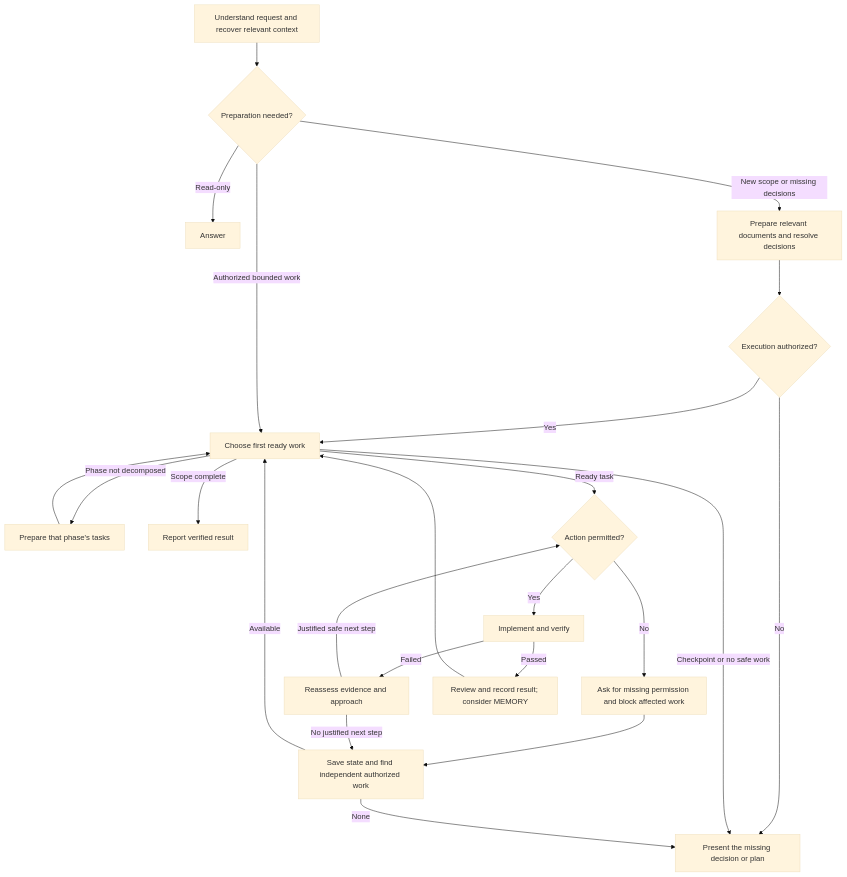
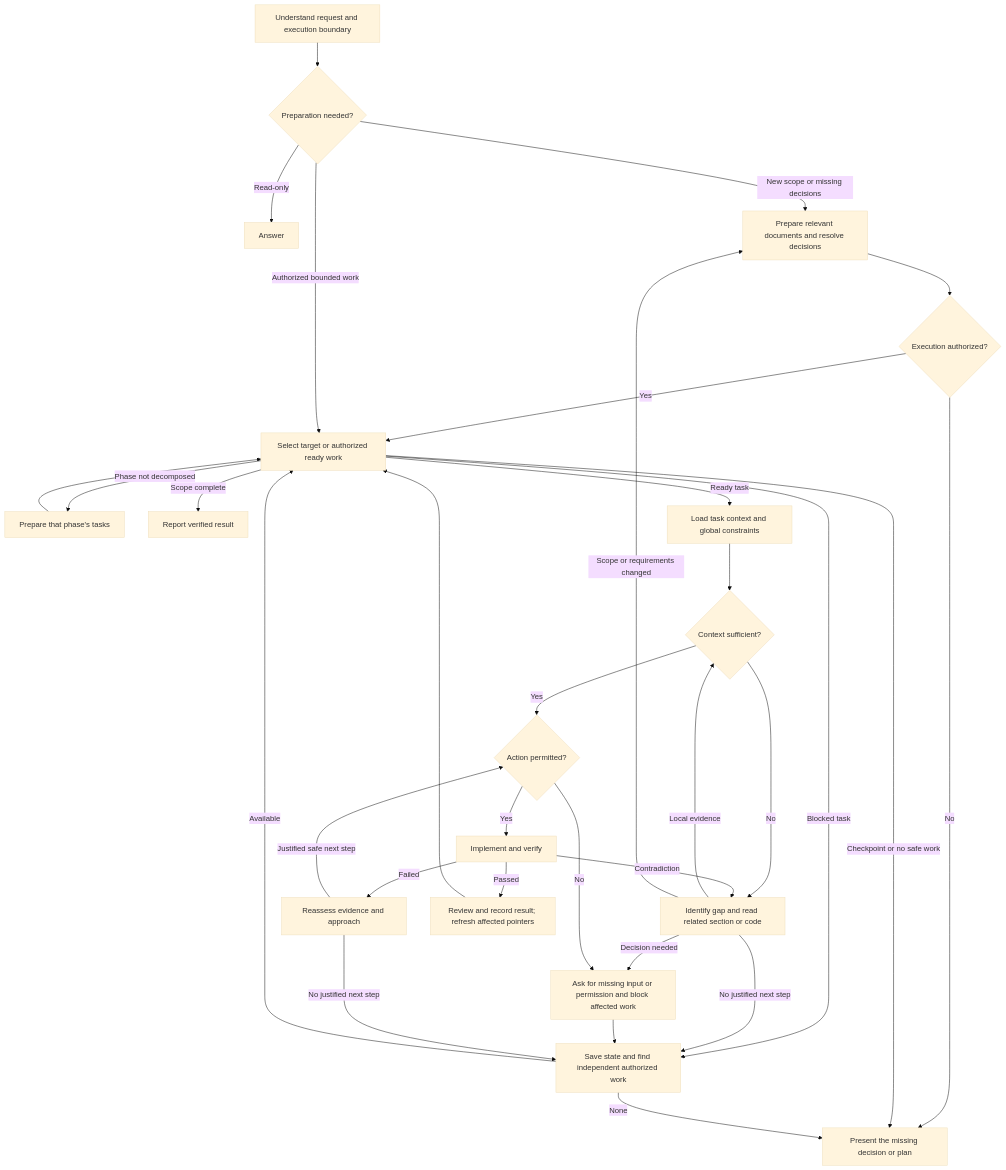
Before and after one commit to EvgenVer/Agents-tollkit: the diagram in .agents/docs/AGENT_WORKFLOWS.md, drawn with Mermaid (base theme). The commit also changed other lines of this file and 8 other files, not shown here.

Commit message:
feat: add selective task context and record Luna comparisons

````diff
--- a/.agents/docs/AGENT_WORKFLOWS.md
+++ b/.agents/docs/AGENT_WORKFLOWS.md
@@ -9,25 +9,34 @@
 ```mermaid
 flowchart TD
-    A[Understand request and recover relevant context] --> B{Preparation needed?}
+    A[Understand request and execution boundary] --> B{Preparation needed?}
     B -- Read-only --> R[Answer]
     B -- New scope or missing decisions --> C[Prepare relevant documents and resolve decisions]
     C --> D{Execution authorized?}
     D -- No --> W[Present the missing decision or plan]
-    D -- Yes --> E[Choose first ready work]
+    D -- Yes --> E[Select target or authorized ready work]
     B -- Authorized bounded work --> E
     E -- Phase not decomposed --> F[Prepare that phase's tasks]
     F --> E
     E -- Scope complete --> Z[Report verified result]
     E -- Checkpoint or no safe work --> W
-    E -- Ready task --> G{Action permitted?}
-    G -- No --> H[Ask for missing permission and block affected work]
+    E -- Blocked task --> K
+    E -- Ready task --> N[Load task context and global constraints]
+    N --> Q{Context sufficient?}
+    Q -- Yes --> G{Action permitted?}
+    Q -- No --> X[Identify gap and read related section or code]
+    X -- Local evidence --> Q
+    X -- No justified next step --> K
+    X -- Decision needed --> H
+    X -- Scope or requirements changed --> C
+    G -- No --> H[Ask for missing input or permission and block affected work]
     H --> K[Save state and find independent authorized work]
     G -- Yes --> I[Implement and verify]
+    I -- Contradiction --> X
     I -- Failed --> J[Reassess evidence and approach]
     J -- Justified safe next step --> G
     J -- No justified next step --> K
-    I -- Passed --> L[Review and record result; consider MEMORY]
+    I -- Passed --> L[Review and record result; refresh affected pointers]
     L --> E
     K -- Available --> E
     K -- None --> W
 ```
````
